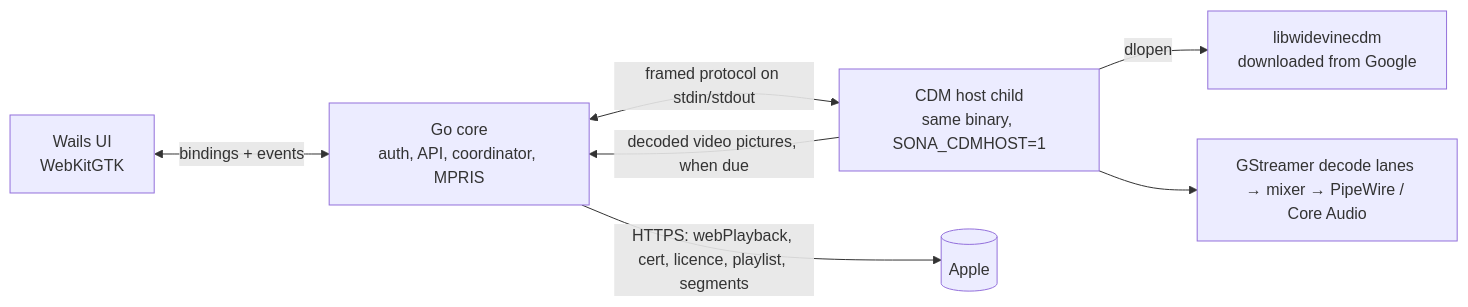
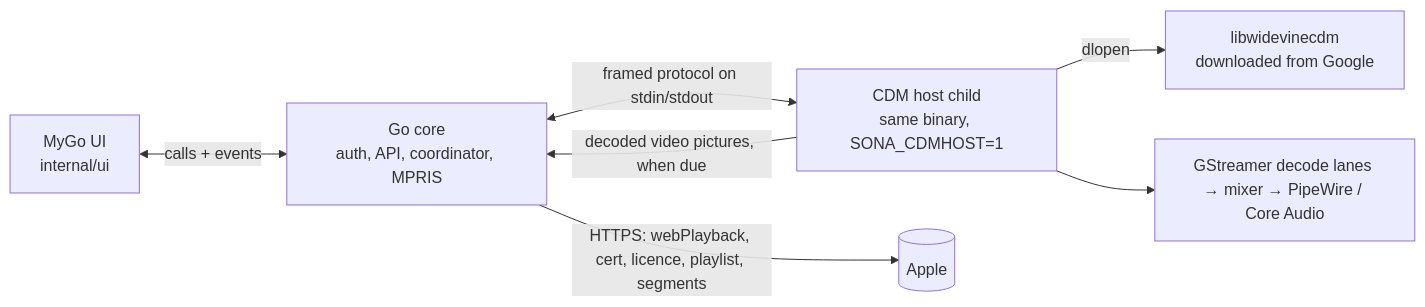
Before and after one commit to coredev-uk/sona-go: the second of 2 diagrams in docs/architecture.md, drawn with Mermaid. The commit also changed other lines of this file and 788 other files, not shown here.

````diff
--- a/docs/architecture.md
+++ b/docs/architecture.md
@@ -100,9 +99,9 @@
 ```mermaid
 flowchart LR
-  UI[Wails UI<br/>WebKitGTK] <-- bindings + events --> Go[Go core<br/>auth, API, coordinator, MPRIS]
+  UI[MyGo UI<br/>internal/ui] <-- calls + events --> Go[Go core<br/>auth, API, coordinator, MPRIS]
   Go <-- framed protocol on stdin/stdout --> H[CDM host child<br/>same binary, SONA_CDMHOST=1]
   H -- dlopen --> W[libwidevinecdm<br/>downloaded from Google]
   H --> G[GStreamer decode lanes → mixer → PipeWire / Core Audio]
   H -- decoded video pictures, when due --> Go
   Go -- HTTPS: webPlayback, cert, licence, playlist, segments --> Apple[(Apple)]
 ```
````
